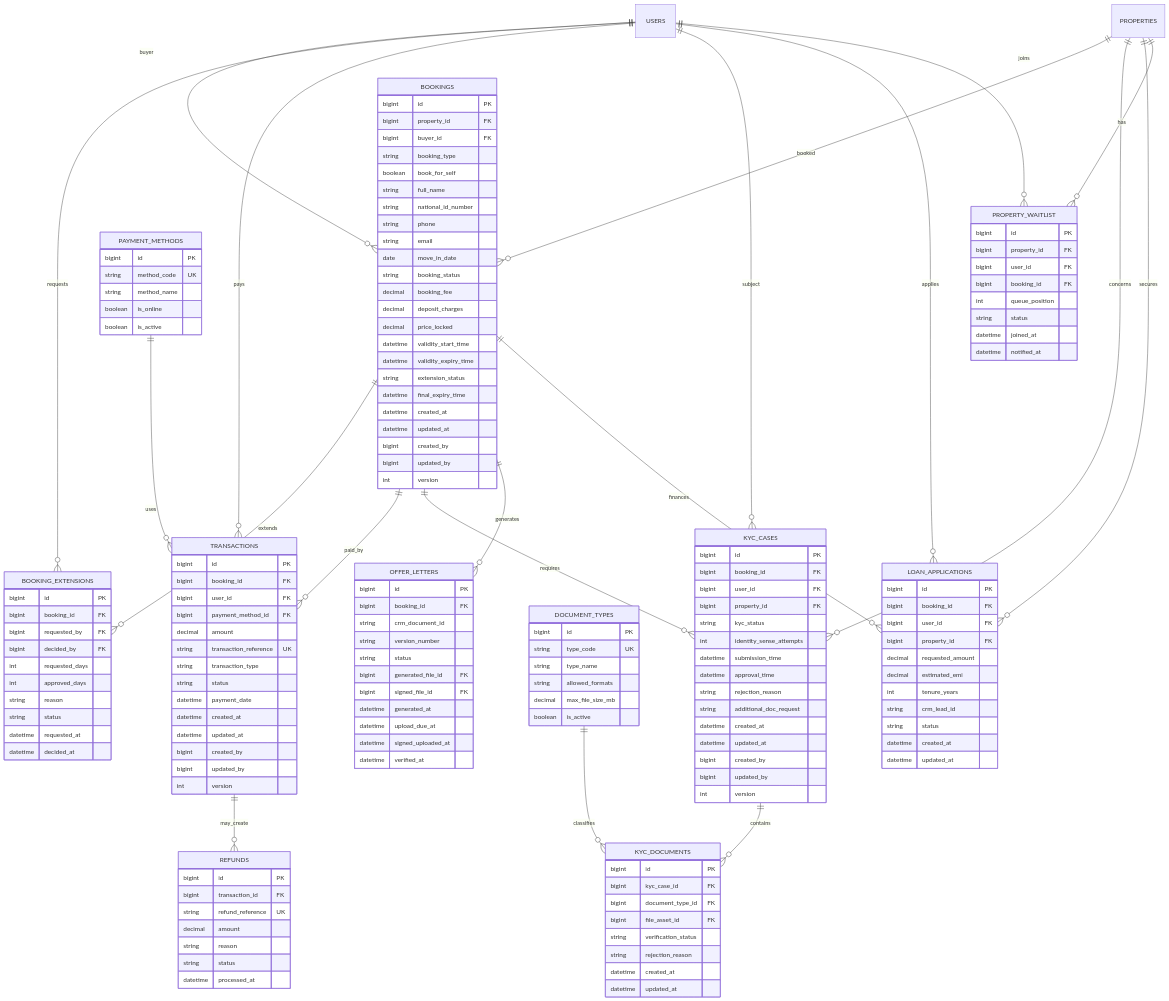
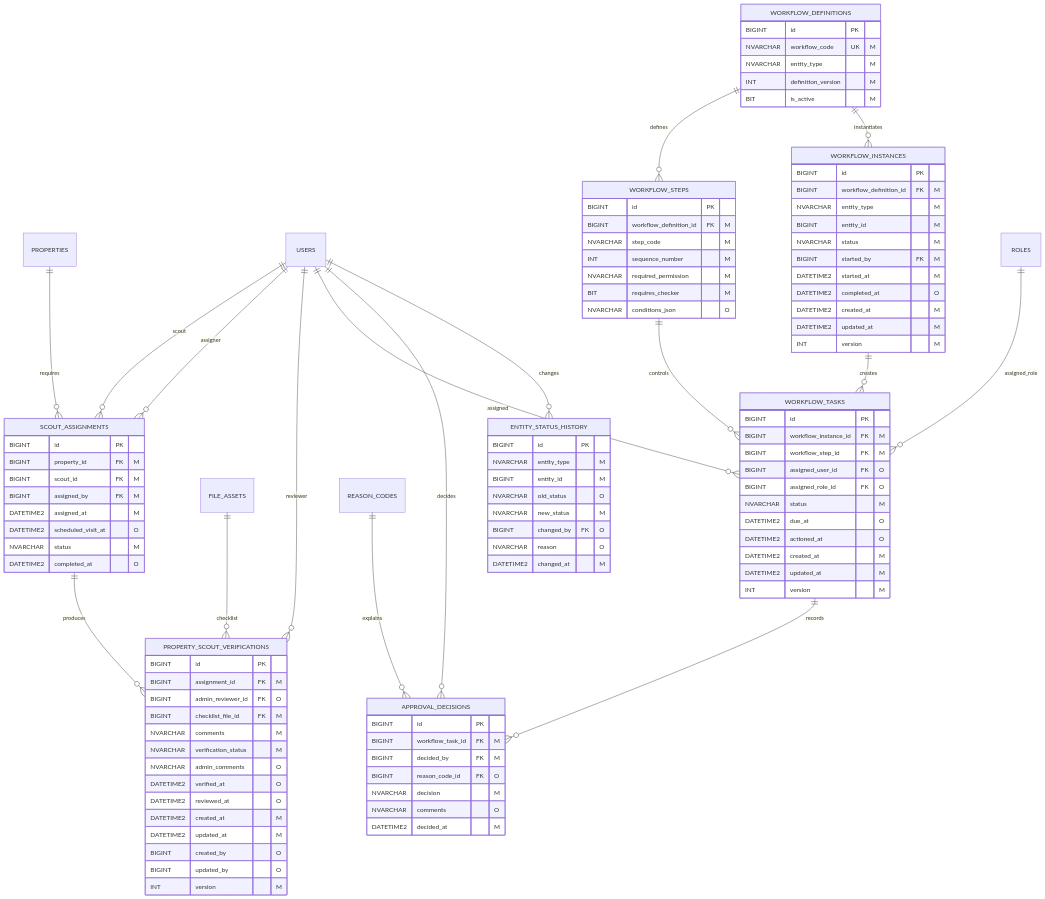
Before and after one commit to JivanAhire/hfcb-marketplace-er-diagram: the fourth of 12 diagrams in docs/HFCB_GRAPHICAL_ER_MAPPING.md, drawn with Mermaid. The commit also changed other lines of this file, not shown here.

Commit message:
Update graphical database mapping baseline with complete v5.2 tables and flows

````diff
--- a/docs/HFCB_GRAPHICAL_ER_MAPPING.md
+++ b/docs/HFCB_GRAPHICAL_ER_MAPPING.md
@@ -417,163 +411,107 @@
 ```mermaid
 erDiagram
-  USERS ||--o{ BOOKINGS : buyer
-  PROPERTIES ||--o{ BOOKINGS : booked
-  BOOKINGS ||--o{ BOOKING_EXTENSIONS : extends
-  USERS ||--o{ BOOKING_EXTENSIONS : requests
-  BOOKINGS ||--o{ TRANSACTIONS : paid_by
-  USERS ||--o{ TRANSACTIONS : pays
-  PAYMENT_METHODS ||--o{ TRANSACTIONS : uses
-  TRANSACTIONS ||--o{ REFUNDS : may_create
-  BOOKINGS ||--o{ KYC_CASES : requires
-  USERS ||--o{ KYC_CASES : subject
-  PROPERTIES ||--o{ KYC_CASES : concerns
-  KYC_CASES ||--o{ KYC_DOCUMENTS : contains
-  DOCUMENT_TYPES ||--o{ KYC_DOCUMENTS : classifies
-  BOOKINGS ||--o{ OFFER_LETTERS : generates
-  BOOKINGS ||--o{ LOAN_APPLICATIONS : finances
-  USERS ||--o{ LOAN_APPLICATIONS : applies
-  PROPERTIES ||--o{ LOAN_APPLICATIONS : secures
-  USERS ||--o{ PROPERTY_WAITLIST : joins
-  PROPERTIES ||--o{ PROPERTY_WAITLIST : has
+  PROPERTIES ||--o{ SCOUT_ASSIGNMENTS : requires
+  USERS ||--o{ SCOUT_ASSIGNMENTS : scout
+  USERS ||--o{ SCOUT_ASSIGNMENTS : assigner
+  SCOUT_ASSIGNMENTS ||--o{ PROPERTY_SCOUT_VERIFICATIONS : produces
+  USERS ||--o{ PROPERTY_SCOUT_VERIFICATIONS : reviewer
+  FILE_ASSETS ||--o{ PROPERTY_SCOUT_VERIFICATIONS : checklist
+  WORKFLOW_DEFINITIONS ||--o{ WORKFLOW_STEPS : defines
+  WORKFLOW_DEFINITIONS ||--o{ WORKFLOW_INSTANCES : instantiates
+  WORKFLOW_INSTANCES ||--o{ WORKFLOW_TASKS : creates
+  WORKFLOW_STEPS ||--o{ WORKFLOW_TASKS : controls
+  USERS ||--o{ WORKFLOW_TASKS : assigned
+  ROLES ||--o{ WORKFLOW_TASKS : assigned_role
+  WORKFLOW_TASKS ||--o{ APPROVAL_DECISIONS : records
+  USERS ||--o{ APPROVAL_DECISIONS : decides
+  REASON_CODES ||--o{ APPROVAL_DECISIONS : explains
+  USERS ||--o{ ENTITY_STATUS_HISTORY : changes
 
-  BOOKINGS {
-    bigint id PK
-    bigint property_id FK
-    bigint buyer_id FK
-    string booking_type
-    boolean book_for_self
-    string full_name
-    string national_id_number
-    string phone
-    string email
-    date move_in_date
-    string booking_status
-    decimal booking_fee
-    decimal deposit_charges
-    decimal price_locked
-    datetime validity_start_time
-    datetime validity_expiry_time
-    string extension_status
-    datetime final_expiry_time
-    datetime created_at
-    datetime updated_at
-    bigint created_by
-    bigint updated_by
-    int version
+  SCOUT_ASSIGNMENTS {
+    BIGINT id PK
+    BIGINT property_id FK "M"
+    BIGINT scout_id FK "M"
+    BIGINT assigned_by FK "M"
+    DATETIME2 assigned_at "M"
+    DATETIME2 scheduled_visit_at "O"
+    NVARCHAR status "M"
+    DATETIME2 completed_at "O"
   }
-  BOOKING_EXTENSIONS {
-    bigint id PK
-    bigint booking_id FK
-    bigint requested_by FK
-    bigint decided_by FK
-    int requested_days
-    int approved_days
-    string reason
-    string status
-    datetime requested_at
-    datetime decided_at
+  PROPERTY_SCOUT_VERIFICATIONS {
+    BIGINT id PK
+    BIGINT assignment_id FK "M"
+    BIGINT admin_reviewer_id FK "O"
+    BIGINT checklist_file_id FK "M"
+    NVARCHAR comments "M"
+    NVARCHAR verification_status "M"
+    NVARCHAR admin_comments "O"
+    DATETIME2 verified_at "O"
+    DATETIME2 reviewed_at "O"
+    DATETIME2 created_at "M"
+    DATETIME2 updated_at "M"
+    BIGINT created_by "O"
+    BIGINT updated_by "O"
+    INT version "M"
   }
-  TRANSACTIONS {
-    bigint id PK
-    bigint booking_id FK
-    bigint user_id FK
-    bigint payment_method_id FK
-    decimal amount
-    string transaction_reference UK
-    string transaction_type
-    string status
-    datetime payment_date
-    datetime created_at
-    datetime updated_at
-    bigint created_by
-    bigint updated_by
-    int version
+  WORKFLOW_DEFINITIONS {
+    BIGINT id PK
+    NVARCHAR workflow_code UK "M"
+    NVARCHAR entity_type "M"
+    INT definition_version "M"
+    BIT is_active "M"
   }
-  REFUNDS {
-    bigint id PK
-    bigint transaction_id FK
-    string refund_reference UK
-    decimal amount
-    string reason
-    string status
-    datetime processed_at
+  WORKFLOW_STEPS {
+    BIGINT id PK
+    BIGINT workflow_definition_id FK "M"
+    NVARCHAR step_code "M"
+    INT sequence_number "M"
+    NVARCHAR required_permission "M"
+    BIT requires_checker "M"
+    NVARCHAR conditions_json "O"
   }
-  KYC_CASES {
-    bigint id PK
-    bigint booking_id FK
-    bigint user_id FK
-    bigint property_id FK
-    string kyc_status
-    int identity_sense_attempts
-    datetime submission_time
-    datetime approval_time
-    string rejection_reason
-    string additional_doc_request
-    datetime created_at
-    datetime updated_at
-    bigint created_by
-    bigint updated_by
-    int version
+  WORKFLOW_INSTANCES {
+    BIGINT id PK
+    BIGINT workflow_definition_id FK "M"
+    NVARCHAR entity_type "M"
+    BIGINT entity_id "M"
+    NVARCHAR status "M"
+    BIGINT started_by FK "M"
+    DATETIME2 started_at "M"
+    DATETIME2 completed_at "O"
+    DATETIME2 created_at "M"
+    DATETIME2 updated_at "M"
+    INT version "M"
   }
-  KYC_DOCUMENTS {
-    bigint id PK
-    bigint kyc_case_id FK
-    bigint document_type_id FK
-    bigint file_asset_id FK
-    string verification_status
-    string rejection_reason
-    datetime created_at
-    datetime updated_at
+  WORKFLOW_TASKS {
+    BIGINT id PK
+    BIGINT workflow_instance_id FK "M"
+    BIGINT workflow_step_id FK "M"
+    BIGINT assigned_user_id FK "O"
+    BIGINT assigned_role_id FK "O"
+    NVARCHAR status "M"
+    DATETIME2 due_at "O"
+    DATETIME2 actioned_at "O"
+    DATETIME2 created_at "M"
+    DATETIME2 updated_at "M"
+    INT version "M"
   }
-  OFFER_LETTERS {
-    bigint id PK
-    bigint booking_id FK
-    string crm_document_id
-    string version_number
-    string status
-    bigint generated_file_id FK
-    bigint signed_file_id FK
-    datetime generated_at
-    datetime upload_due_at
-    datetime signed_uploaded_at
-    datetime verified_at
+  APPROVAL_DECISIONS {
+    BIGINT id PK
+    BIGINT workflow_task_id FK "M"
+    BIGINT decided_by FK "M"
+    BIGINT reason_code_id FK "O"
+    NVARCHAR decision "M"
+    NVARCHAR comments "O"
+    DATETIME2 decided_at "M"
   }
-  LOAN_APPLICATIONS {
-    bigint id PK
-    bigint booking_id FK
-    bigint user_id FK
-    bigint property_id FK
-    decimal requested_amount
-    decimal estimated_emi
-    int tenure_years
-    string crm_lead_id
-    string status
-    datetime created_at
-    datetime updated_at
-  }
-  PROPERTY_WAITLIST {
-    bigint id PK
-    bigint property_id FK
-    bigint user_id FK
-    bigint booking_id FK
-    int queue_position
-    string status
-    datetime joined_at
-    datetime notified_at
-  }
-  PAYMENT_METHODS {
-    bigint id PK
-    string method_code UK
-    string method_name
-    boolean is_online
-    boolean is_active
-  }
-  DOCUMENT_TYPES {
-    bigint id PK
-    string type_code UK
-    string type_name
-    string allowed_formats
-    decimal max_file_size_mb
-    boolean is_active
+  ENTITY_STATUS_HISTORY {
+    BIGINT id PK
+    NVARCHAR entity_type "M"
+    BIGINT entity_id "M"
+    NVARCHAR old_status "O"
+    NVARCHAR new_status "M"
+    BIGINT changed_by FK "O"
+    NVARCHAR reason "O"
+    DATETIME2 changed_at "M"
   }
 ```
````
